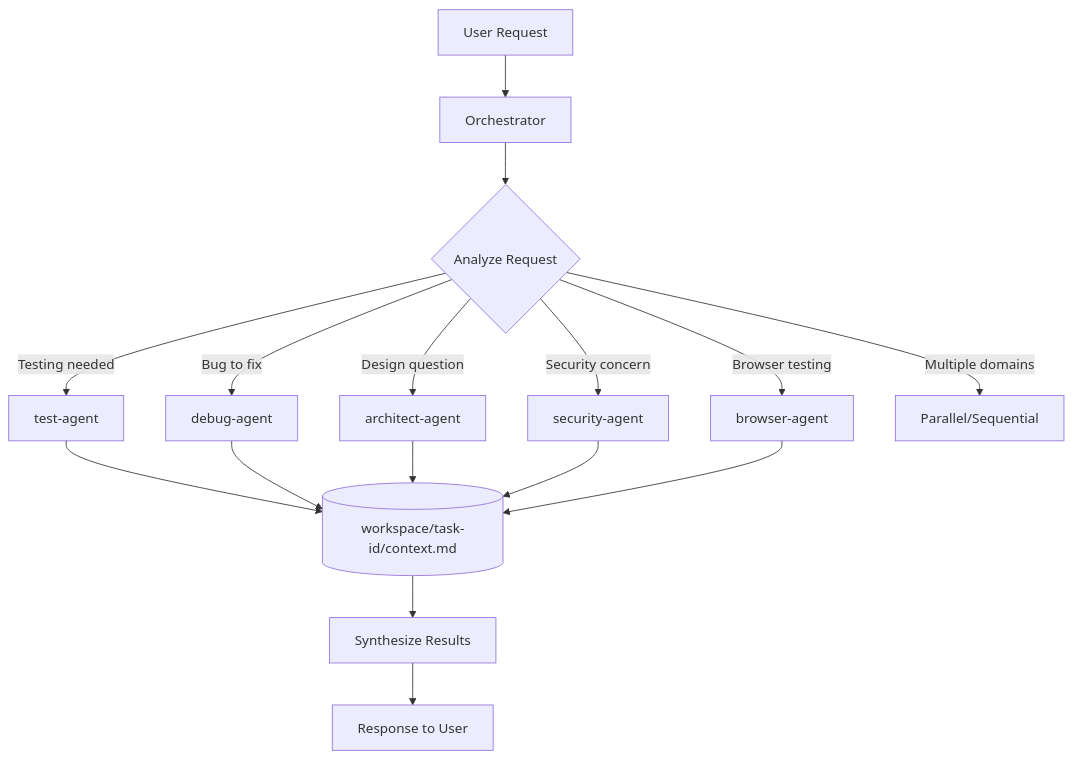
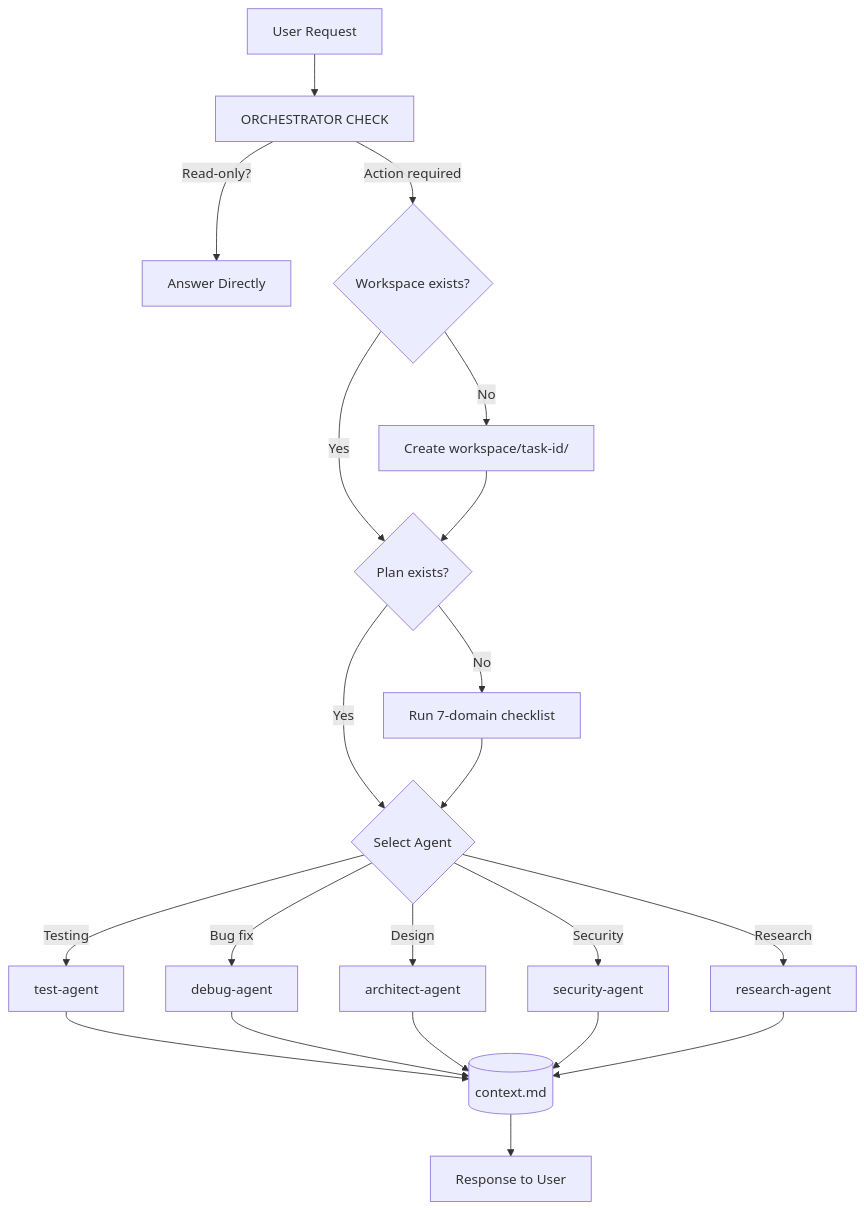
One commit to MikahNiehaus/ClaudeMemory changed the first of 13 diagrams in README.md. Above: the diagram before and after it, drawn with Mermaid. The commit also changed other lines of this file and 3 other files, not shown here.

````diff
--- a/README.md
+++ b/README.md
@@ -15,21 +15,29 @@
 ```mermaid
 flowchart TB
-    User[User Request] --> Orchestrator[Orchestrator]
+    User[User Request] --> Check[ORCHESTRATOR CHECK]
 
-    Orchestrator --> Analyze{Analyze Request}
-    Analyze --> |"Testing needed"| TestAgent[test-agent]
-    Analyze --> |"Bug to fix"| DebugAgent[debug-agent]
-    Analyze --> |"Design question"| ArchAgent[architect-agent]
-    Analyze --> |"Security concern"| SecAgent[security-agent]
-    Analyze --> |"Browser testing"| BrowserAgent[browser-agent]
-    Analyze --> |"Multiple domains"| Parallel[Parallel/Sequential]
+    Check --> |"Read-only?"| Direct[Answer Directly]
+    Check --> |"Action required"| Workspace{Workspace exists?}
 
-    TestAgent --> Context[(workspace/task-id/context.md)]
+    Workspace --> |No| Create[Create workspace/task-id/]
+    Workspace --> |Yes| Plan{Plan exists?}
+    Create --> Plan
+
+    Plan --> |No| Planning[Run 7-domain checklist]
+    Plan --> |Yes| Agent{Select Agent}
+    Planning --> Agent
+
+    Agent --> |"Testing"| TestAgent[test-agent]
+    Agent --> |"Bug fix"| DebugAgent[debug-agent]
+    Agent --> |"Design"| ArchAgent[architect-agent]
+    Agent --> |"Security"| SecAgent[security-agent]
+    Agent --> |"Research"| ResearchAgent[research-agent]
+
+    TestAgent --> Context[(context.md)]
     DebugAgent --> Context
     ArchAgent --> Context
     SecAgent --> Context
-    BrowserAgent --> Context
+    ResearchAgent --> Context
 
-    Context --> Synthesize[Synthesize Results]
-    Synthesize --> Response[Response to User]
+    Context --> Response[Response to User]
 ```
````
